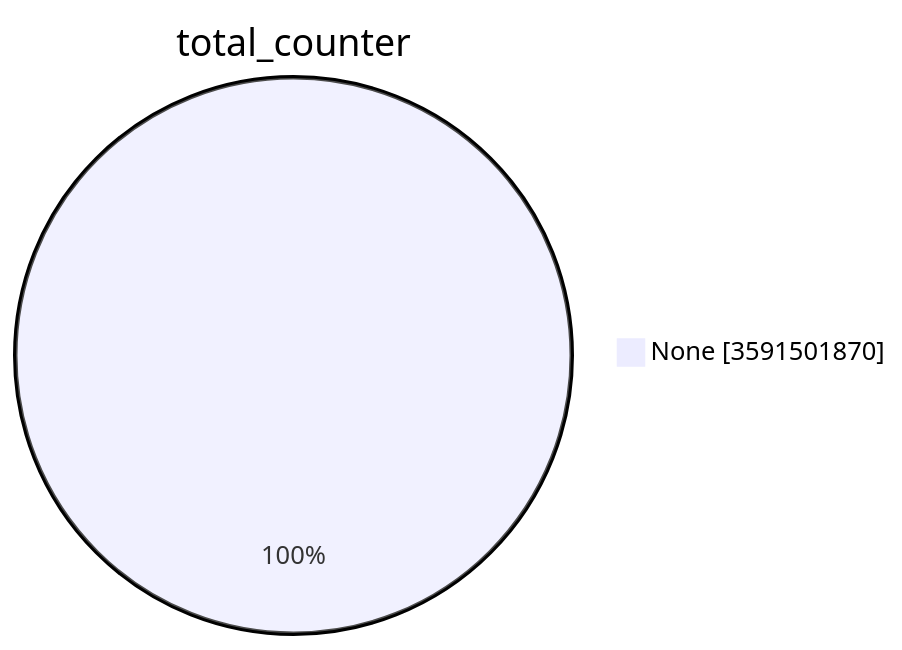
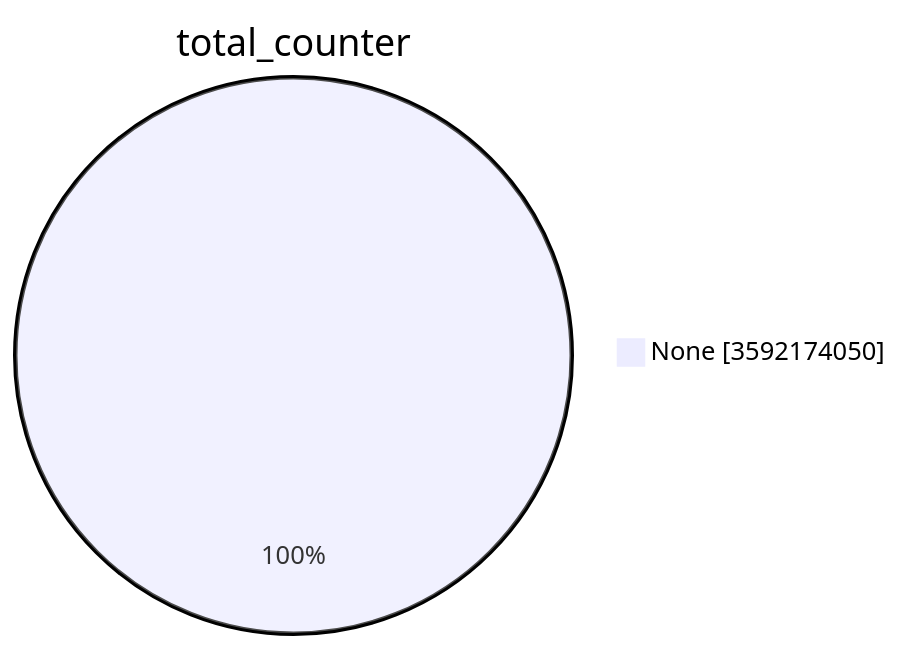
One commit to christiankrug/ctmonitor_visualization changed the first of 15 diagrams in TOTAL/README.md. Above: the diagram before and after it, drawn with Mermaid. The commit also changed other lines of this file, not shown here.

````diff
--- a/TOTAL/README.md
+++ b/TOTAL/README.md
@@ -1,5 +1,5 @@
 ```mermaid
 pie showData
 title total_counter
-"None" :3591501870
+"None" :3592174050
 ```
````
